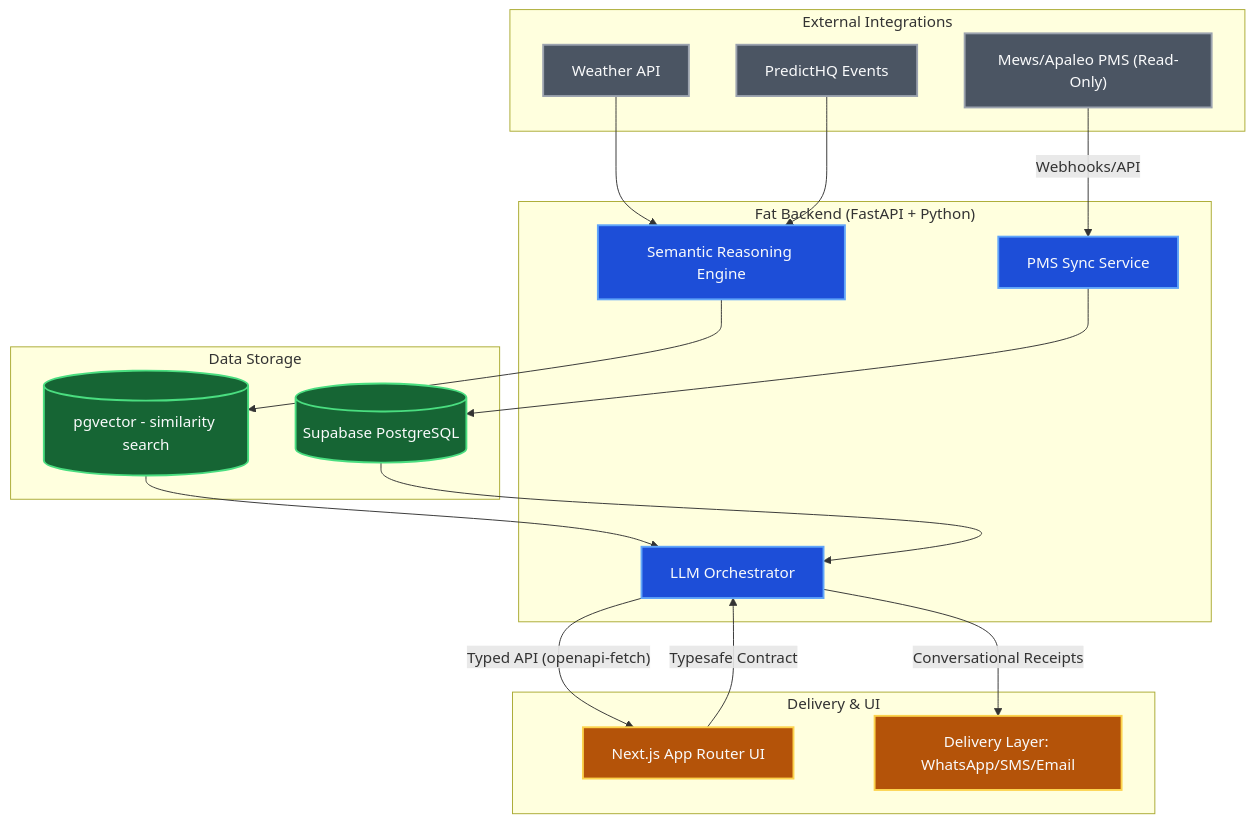
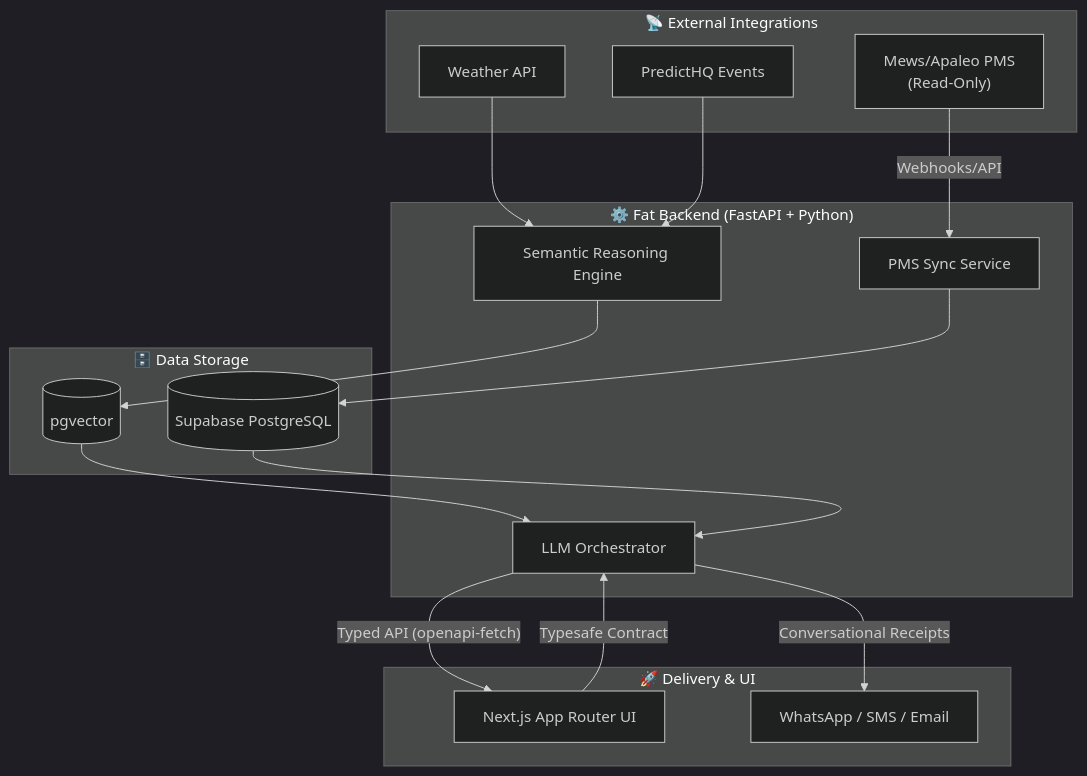
Before and after one commit to IvandeMurard/Hospitality-Operations-Agentic-AI-B2B: the diagram in README.md, drawn with Mermaid.

Commit message:
Fix Mermaid diagram: use dark theme init, remove all classDef overrides
GitHub ignores color: in classDef and overrides fills with its own theme,
causing white-on-white nodes. Switch to %%{init: {'theme': 'dark'}}%%
which GitHub honours, and remove all classDef/class lines so the
renderer controls contrast correctly.

https://claude.ai/code/session_01QyxT7tosiGbkZFkcy73Cv9

````diff
--- a/README.md
+++ b/README.md
@@ -59,52 +59,36 @@
 ```mermaid
+%%{init: {'theme': 'dark'}}%%
 graph TD
-    %% External Data Sources
-    subgraph "External Integrations"
-        PMS["Mews/Apaleo PMS (Read-Only)"]
-        Weather[Weather API]
-        Events[PredictHQ Events]
+    subgraph EXT["📡 External Integrations"]
+        PMS["Mews/Apaleo PMS\n(Read-Only)"]
+        Weather["Weather API"]
+        Events["PredictHQ Events"]
     end
 
-    %% Backend Layer
-    subgraph "Fat Backend (FastAPI + Python)"
-        Sync[PMS Sync Service]
-        Semantic[Semantic Reasoning Engine]
-        RAG[LLM Orchestrator]
+    subgraph BACK["⚙️ Fat Backend (FastAPI + Python)"]
+        Sync["PMS Sync Service"]
+        Semantic["Semantic Reasoning Engine"]
+        RAG["LLM Orchestrator"]
     end
 
-    %% Database Layer
-    subgraph "Data Storage"
-        DB[(Supabase PostgreSQL)]
-        Vector[(pgvector - similarity search)]
+    subgraph DATA["🗄️ Data Storage"]
+        DB[("Supabase PostgreSQL")]
+        Vector[("pgvector")]
     end
 
-    %% Delivery / Frontend
-    subgraph "Delivery & UI"
-        Frontend[Next.js App Router UI]
-        Push[Delivery Layer: WhatsApp/SMS/Email]
+    subgraph DELIVERY["🚀 Delivery & UI"]
+        Frontend["Next.js App Router UI"]
+        Push["WhatsApp / SMS / Email"]
     end
 
-    %% Relationships
-    PMS -- Webhooks/API --> Sync
+    PMS -- "Webhooks/API" --> Sync
     Weather --> Semantic
     Events --> Semantic
-
     Sync --> DB
     Semantic --> Vector
     Vector --> RAG
     DB --> RAG
-
-    RAG -- Conversational Receipts --> Push
-    RAG -- Typed API (openapi-fetch) --> Frontend
-    Frontend -- Typesafe Contract --> RAG
-
-    classDef external fill:#4B5563,stroke:#9CA3AF,stroke-width:2px,color:#F9FAFB;
-    classDef backend fill:#1D4ED8,stroke:#60A5FA,stroke-width:2px,color:#F9FAFB;
-    classDef db fill:#166534,stroke:#4ADE80,stroke-width:2px,color:#F9FAFB;
-    classDef delivery fill:#B45309,stroke:#FCD34D,stroke-width:2px,color:#F9FAFB;
-
-    class PMS,Weather,Events external;
-    class Sync,Semantic,RAG backend;
-    class DB,Vector db;
-    class Frontend,Push delivery;
+    RAG -- "Conversational Receipts" --> Push
+    RAG -- "Typed API (openapi-fetch)" --> Frontend
+    Frontend -- "Typesafe Contract" --> RAG
 ```
````
